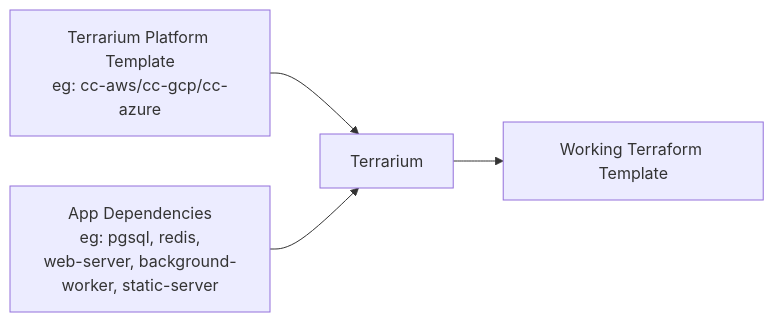
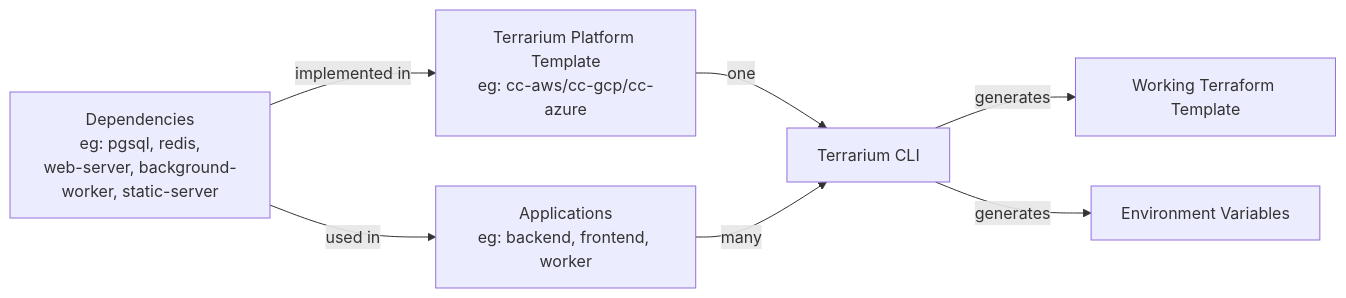
Before and after one commit to nonfx/terrarium: the first of 2 diagrams in readme.md, drawn with Mermaid. The commit also changed other lines of this file and 2 other files, not shown here.

````diff
--- a/readme.md
+++ b/readme.md
@@ -23,11 +23,17 @@
 ```mermaid
 flowchart LR
     PT["Terrarium Platform Template\neg: cc-aws/cc-gcp/cc-azure"]
-    AD["App Dependencies\neg: pgsql, redis,\nweb-server, background-worker, static-server"]
-    TR["Terrarium"]
+    DEP["Dependencies\neg: pgsql, redis,\nweb-server, background-worker, static-server"]
+    APP["Applications\neg: backend, frontend, worker"]
+    TR["Terrarium CLI"]
     WT["Working Terraform Template"]
+    ENV["Environment Variables"]
 
-    PT --> TR
-    AD --> TR
-    TR --> WT
+    DEP --"implemented in"--> PT
+    DEP --"used in"--> APP
+
+    PT --"one"--> TR
+    APP --"many"--> TR
+    TR --"generates"--> WT
+    TR --"generates"--> ENV
 ```
````
